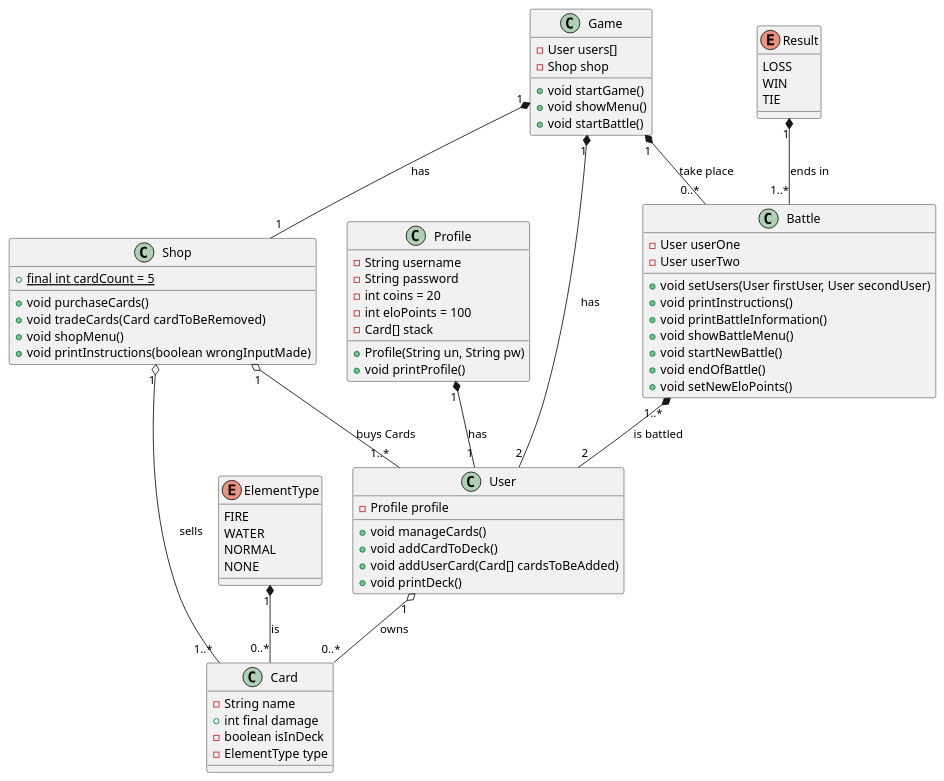
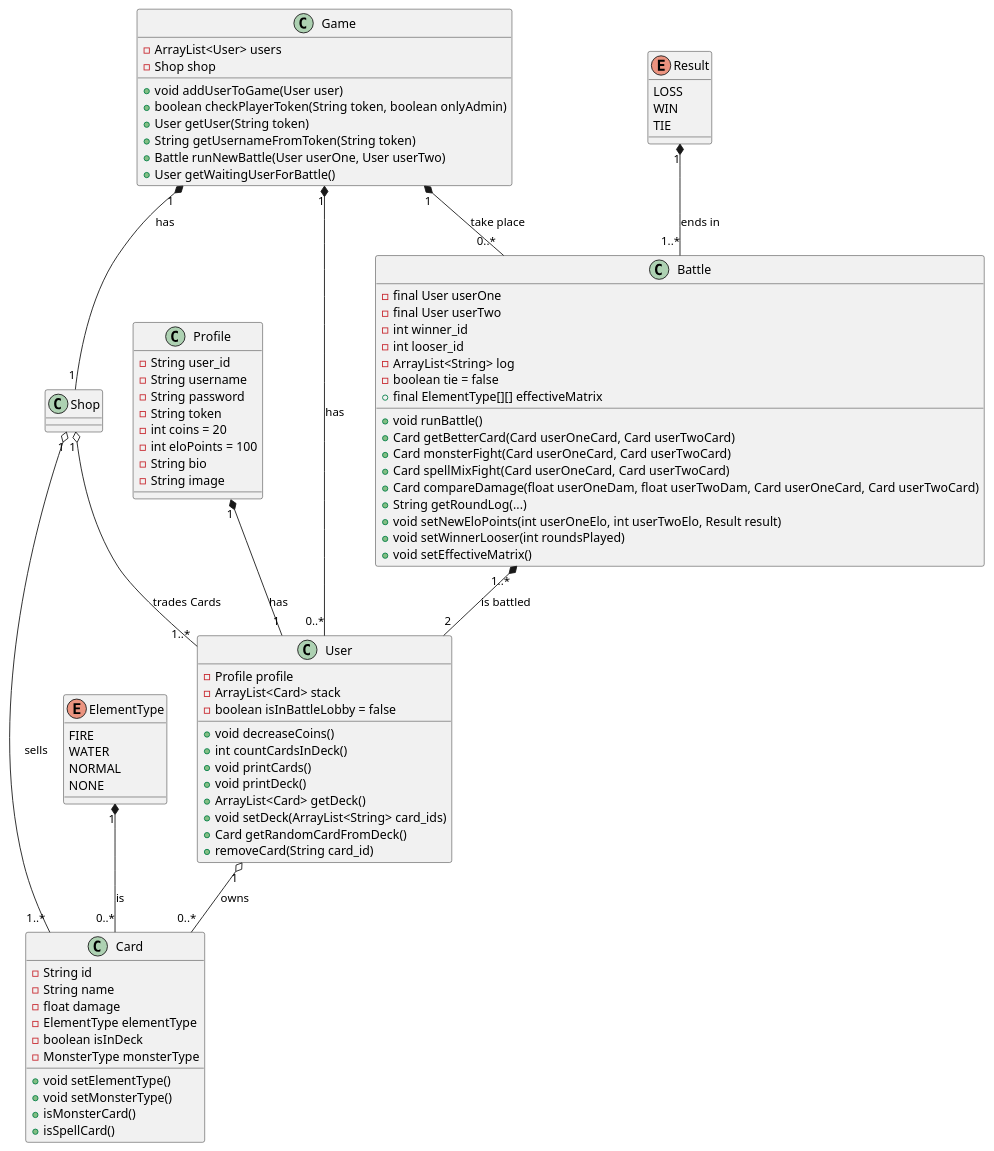
Before and after one commit to VladanPetkovic/SE_Semesterprojekt: the diagram in src/main/java/projekt.puml, drawn with PlantUML. The commit also changed 20 other files, not shown here.

```diff
--- a/src/main/java/projekt.puml
+++ b/src/main/java/projekt.puml
@@ -1,79 +1,98 @@
 @startuml
 class User
 {
     -Profile profile
-    +void manageCards()
-    +void addCardToDeck()
-    +void addUserCard(Card[] cardsToBeAdded)
+    -ArrayList<Card> stack
+    -boolean isInBattleLobby = false
+    +void decreaseCoins()
+    +int countCardsInDeck()
+    +void printCards()
     +void printDeck()
+    +ArrayList<Card> getDeck()
+    +void setDeck(ArrayList<String> card_ids)
+    +Card getRandomCardFromDeck()
+    +removeCard(String card_id)
 }
 class Profile
 {
+    -String user_id
     -String username
     -String password
+    -String token
     -int coins = 20
     -int eloPoints = 100
-    -Card[] stack
-    +Profile(String un, String pw)
-    +void printProfile()
+    -String bio
+    -String image
 }
 enum Result
 {
     LOSS
     WIN
     TIE
 }
 enum ElementType
 {
     FIRE
     WATER
     NORMAL
     NONE
 }
 class Card
 {
+    -String id
     -String name
-    +int final damage
+    -float damage
+    -ElementType elementType
     -boolean isInDeck
-    -ElementType type
+    -MonsterType monsterType
+    +void setElementType()
+    +void setMonsterType()
+    +isMonsterCard()
+    +isSpellCard()
 }
 class Battle
 {
-    -User userOne
-    -User userTwo
-    +void setUsers(User firstUser, User secondUser)
-    +void printInstructions()
-    +void printBattleInformation()
-    +void showBattleMenu()
-    +void startNewBattle()
-    +void endOfBattle()
-    +void setNewEloPoints()
+    -final User userOne
+    -final User userTwo
+    -int winner_id
+    -int looser_id
+    -ArrayList<String> log
+    -boolean tie = false
+    +final ElementType[][] effectiveMatrix
+    +void runBattle()
+    +Card getBetterCard(Card userOneCard, Card userTwoCard)
+    +Card monsterFight(Card userOneCard, Card userTwoCard)
+    +Card spellMixFight(Card userOneCard, Card userTwoCard)
+    +Card compareDamage(float userOneDam, float userTwoDam, Card userOneCard, Card userTwoCard)
+    +String getRoundLog(...)
+    +void setNewEloPoints(int userOneElo, int userTwoElo, Result result)
+    +void setWinnerLooser(int roundsPlayed)
+    +void setEffectiveMatrix()
 }
 class Shop
 {
-    +{static} final int cardCount = 5
-    +void purchaseCards()
-    +void tradeCards(Card cardToBeRemoved)
-    +void shopMenu()
-    +void printInstructions(boolean wrongInputMade)
+
 }
 class Game
 {
-    -User users[]
+    -ArrayList<User> users
     -Shop shop
-    +void startGame()
-    +void showMenu()
-    +void startBattle()
+    +void addUserToGame(User user)
+    +boolean checkPlayerToken(String token, boolean onlyAdmin)
+    +User getUser(String token)
+    +String getUsernameFromToken(String token)
+    +Battle runNewBattle(User userOne, User userTwo)
+    +User getWaitingUserForBattle()
 }
 
 User "1" o-- "0..*" Card : "owns"
 Game "1" *-- "0..*" Battle : "take place"
-Game "1" *-- "2" User : "has"
+Game "1" *-- "0..*" User : "has"
 Battle "1..*" *-- "2" User : "is battled"
 Result "1" *-- "1..*" Battle : "ends in"
 Profile "1" *-- "1" User : "has"
-Shop "1" o-- "1..*" User : "buys Cards"
+Shop "1" o-- "1..*" User : "trades Cards"
 Shop "1" o-- "1..*" Card : "sells"
 Game "1" *-- "1" Shop : "has"
 ElementType "1" *-- "0..*" Card : "is"
 @enduml
```
